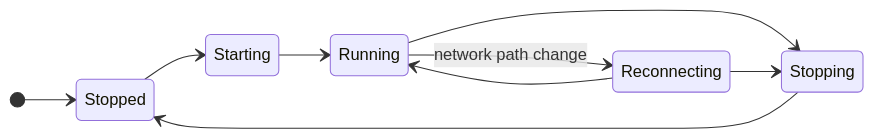
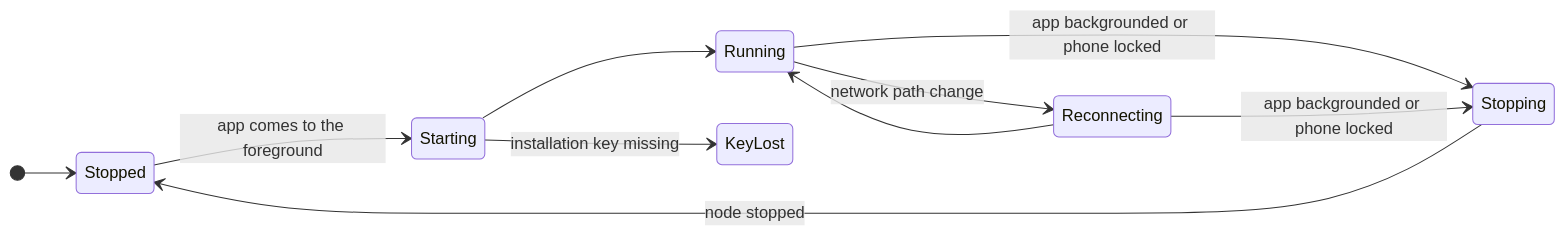
One commit to EVY-Platform/evy-freenet-plans changed the second of 2 diagrams in 1-freenet-mobile-appkit/02-sdk.md. Above: the diagram before and after it, drawn with Mermaid. The commit also changed other lines of this file and 34 other files, not shown here.

````diff
--- a/1-freenet-mobile-appkit/02-sdk.md
+++ b/1-freenet-mobile-appkit/02-sdk.md
@@ -78,12 +74,13 @@
 ```mermaid
 stateDiagram-v2
   direction LR
   [*] --> Stopped
-  Stopped --> Starting
+  Stopped --> Starting: app comes to the foreground
   Starting --> Running
+  Starting --> KeyLost: installation key missing
   Running --> Reconnecting: network path change
   Reconnecting --> Running
-  Running --> Stopping
-  Reconnecting --> Stopping
-  Stopping --> Stopped
+  Running --> Stopping: app backgrounded or phone locked
+  Reconnecting --> Stopping: app backgrounded or phone locked
+  Stopping --> Stopped: node stopped
 ```
````
